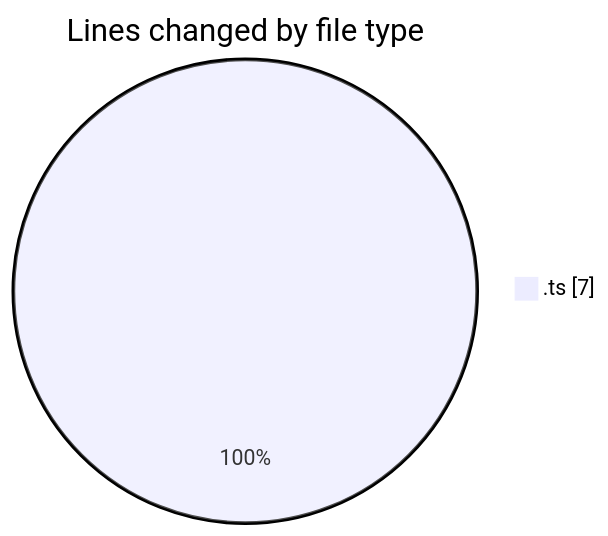
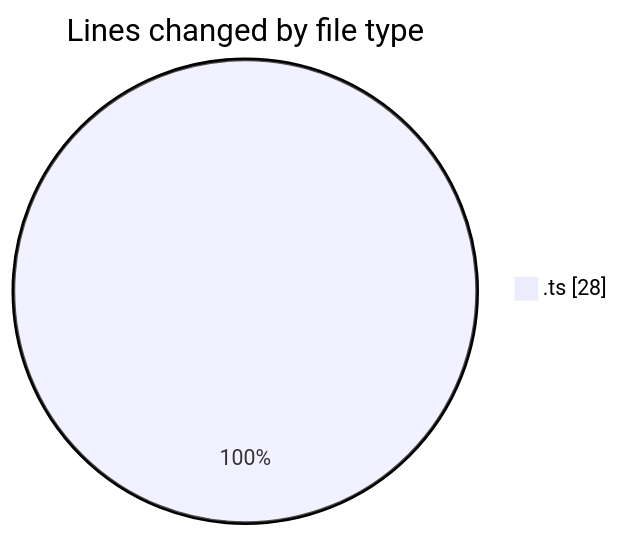
One commit to momahboobian/code-tracking changed the first of 2 diagrams in 2025-05-30/cda/README.md. Above: the diagram before and after it, drawn with Mermaid. The commit also changed other lines of this file and 1 other file, not shown here.

````diff
--- a/2025-05-30/cda/README.md
+++ b/2025-05-30/cda/README.md
@@ -20,5 +20,5 @@
 ```mermaid
 pie showData
 title Lines changed by file type
-".ts" : 7
+".ts" : 28
 ```
````
